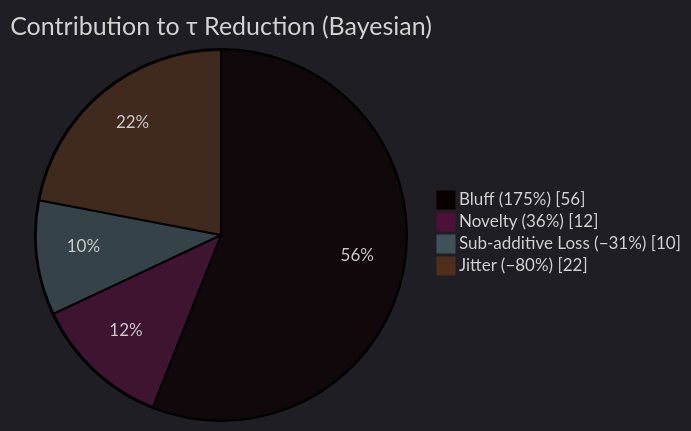
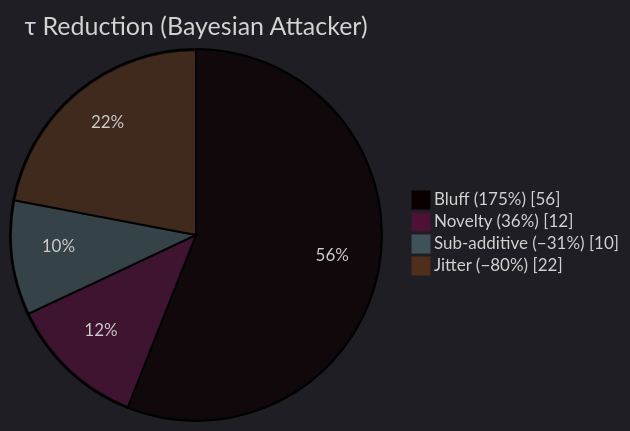
Before and after one commit to celosers/AdaptiveBathNegotiater: the third of 3 diagrams in README.md, drawn with Mermaid. The commit also changed other lines of this file and 1 other file, not shown here.

Commit message:
Fix bar chart alignment (code blocks), compact flowchart, add release.zip to gitignore

````diff
--- a/README.md
+++ b/README.md
@@ -90,9 +89,9 @@
 ```mermaid
 %%{init: {'theme': 'dark'}}%%
 pie showData
-    title Contribution to τ Reduction (Bayesian)
+    title τ Reduction (Bayesian Attacker)
     "Bluff (175%)" : 56
     "Novelty (36%)" : 12
-    "Sub-additive Loss (−31%)" : 10
+    "Sub-additive (−31%)" : 10
     "Jitter (−80%)" : 22
 ```
````
